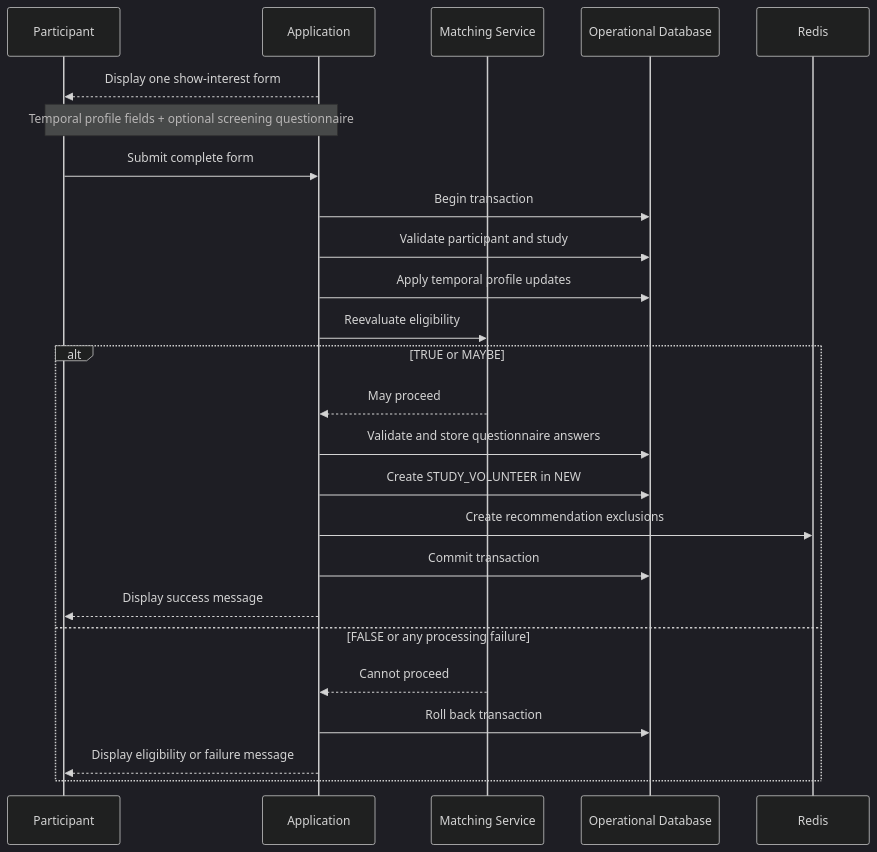
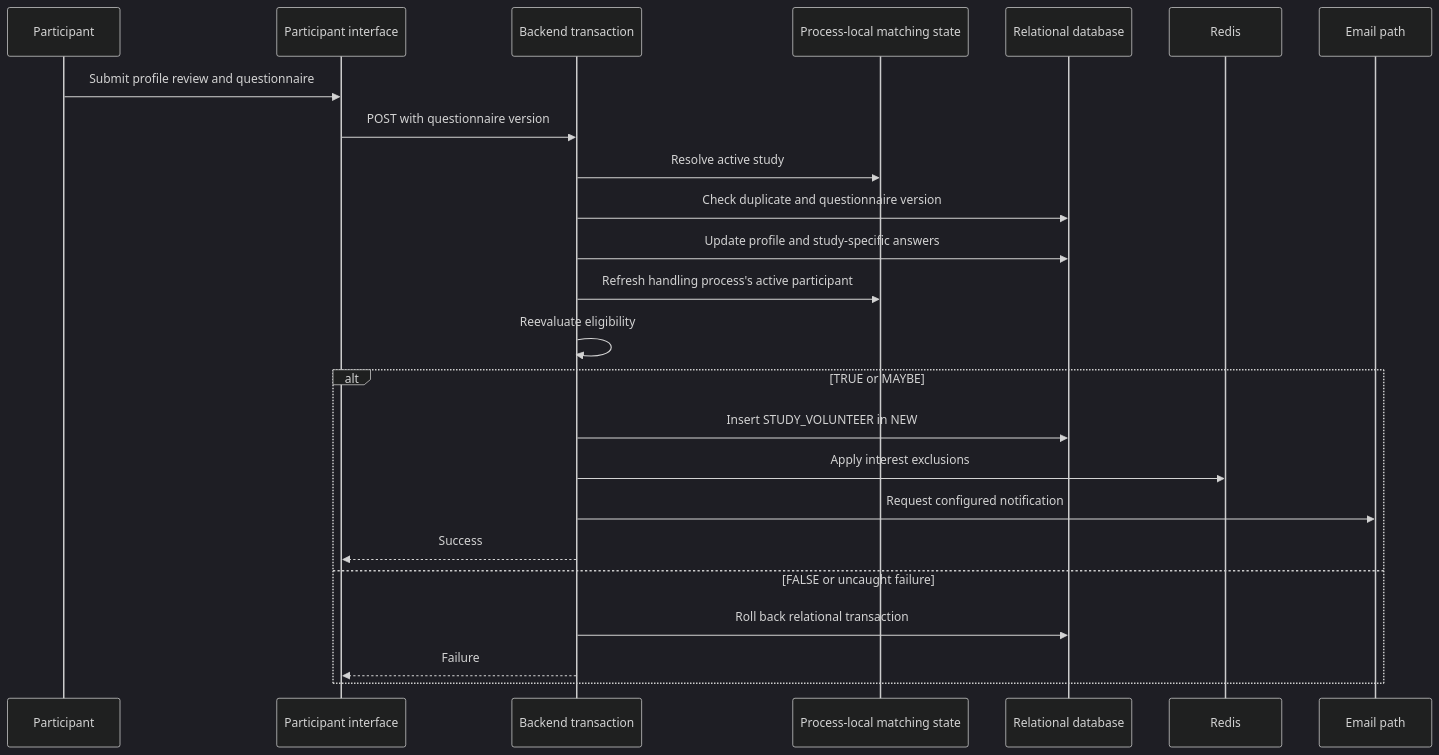
The diagram in docs/06-recruitment/expressions-of-interest.md (umich-michr/yhr-context), drawn with Mermaid (dark theme) before and after one commit. The commit also changed other lines of this file and 6 other files, not shown here.

Commit message:
Document recruitment operational schema

````diff
--- a/docs/06-recruitment/expressions-of-interest.md
+++ b/docs/06-recruitment/expressions-of-interest.md
@@ -122,30 +131,27 @@
 ```mermaid
 sequenceDiagram
     participant P as Participant
-    participant A as Application
-    participant M as Matching Service
-    participant DB as Operational Database
+    participant UI as Participant interface
+    participant A as Backend transaction
+    participant M as Process-local matching state
+    participant DB as Relational database
     participant R as Redis
+    participant E as Email path
 
-    A-->>P: Display one show-interest form
-    Note over P,A: Temporal profile fields + optional screening questionnaire
-    P->>A: Submit complete form
-
-    A->>DB: Begin transaction
-    A->>DB: Validate participant and study
-    A->>DB: Apply temporal profile updates
-    A->>M: Reevaluate eligibility
-
+    P->>UI: Submit profile review and questionnaire
+    UI->>A: POST with questionnaire version
+    A->>M: Resolve active study
+    A->>DB: Check duplicate and questionnaire version
+    A->>DB: Update profile and study-specific answers
+    A->>M: Refresh handling process's active participant
+    A->>A: Reevaluate eligibility
     alt TRUE or MAYBE
-        M-->>A: May proceed
-        A->>DB: Validate and store questionnaire answers
-        A->>DB: Create STUDY_VOLUNTEER in NEW
-        A->>R: Create recommendation exclusions
-        A->>DB: Commit transaction
-        A-->>P: Display success message
-    else FALSE or any processing failure
-        M-->>A: Cannot proceed
-        A->>DB: Roll back transaction
-        A-->>P: Display eligibility or failure message
+        A->>DB: Insert STUDY_VOLUNTEER in NEW
+        A->>R: Apply interest exclusions
+        A->>E: Request configured notification
+        A-->>UI: Success
+    else FALSE or uncaught failure
+        A->>DB: Roll back relational transaction
+        A-->>UI: Failure
     end
 ```
````
